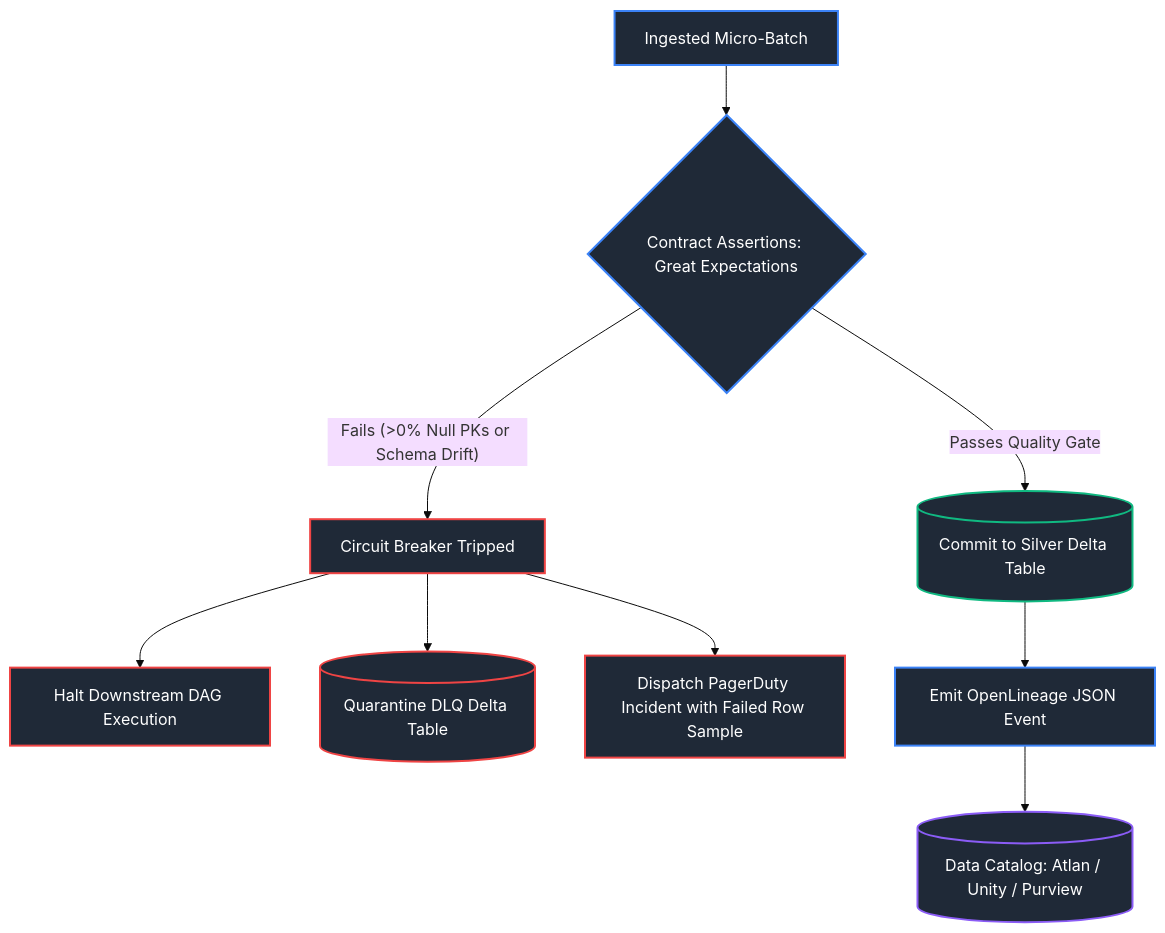
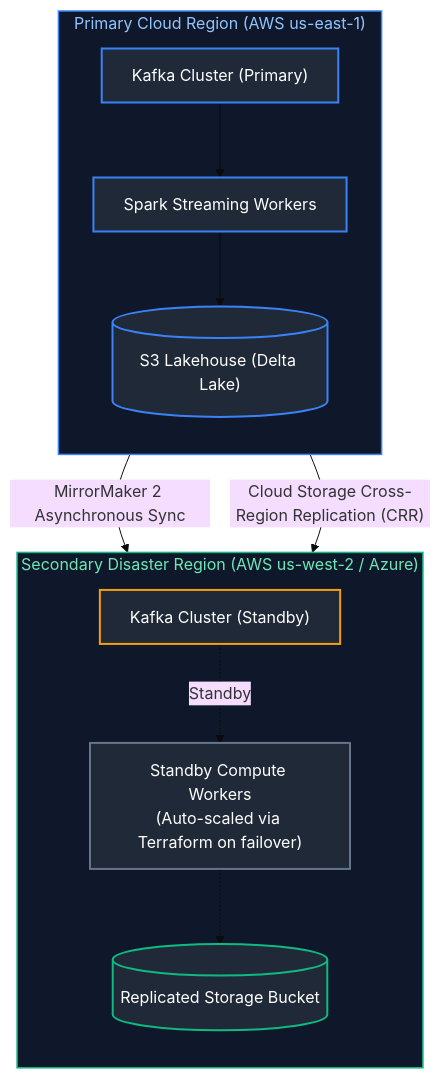
One commit to joydeep-biswas/Interview-Preparation changed the eighth of 12 diagrams in Data Engineering/15_system_design_for_data_engineering.md. Above: the diagram before and after it, drawn with Mermaid (base theme). The commit also changed other lines of this file and 143 other files, not shown here.

````diff
--- a/Data Engineering/15_system_design_for_data_engineering.md
+++ b/Data Engineering/15_system_design_for_data_engineering.md
@@ -589,23 +660,30 @@
 ```mermaid
 flowchart TD
-    IngressBatch[Ingested Micro-Batch] --> ContractGate{Contract Assertions: Great Expectations}
-    
-    ContractGate -- "Fails (>0% Null PKs or Schema Drift)" --> CircuitBreaker[Circuit Breaker Tripped]
-    CircuitBreaker --> Halt[Halt Downstream DAG Execution]
-    CircuitBreaker --> DLQ[(Quarantine DLQ Delta Table)]
-    CircuitBreaker --> Alert[Dispatch PagerDuty Incident with Failed Row Sample]
+    subgraph PrimaryRegion ["Primary Cloud Region (AWS us-east-1)"]
+        direction TB
+        KafkaPrimary["Kafka Cluster (Primary)"]
+        SparkPrimary["Spark Streaming Workers"]
+        S3Primary[("S3 Lakehouse (Delta Lake)")]
+        KafkaPrimary --> SparkPrimary --> S3Primary
+    end
 
-    ContractGate -- "Passes Quality Gate" --> Commit[(Commit to Silver Delta Table)]
-    Commit --> EmitLineage[Emit OpenLineage JSON Event]
-    EmitLineage --> Catalog[(Data Catalog: Atlan / Unity / Purview)]
+    subgraph SecondaryRegion ["Secondary Disaster Region (AWS us-west-2 / Azure)"]
+        direction TB
+        KafkaStandby["Kafka Cluster (Standby)"]
+        SparkStandby["Standby Compute Workers<br/>(Auto-scaled via Terraform on failover)"]
+        S3Replica[("Replicated Storage Bucket")]
+        KafkaStandby -. Standby .-> SparkStandby -.-> S3Replica
+    end
 
-    style IngressBatch fill:#1f2937,stroke:#3b82f6,stroke-width:2px,color:#fff
-    style ContractGate fill:#1f2937,stroke:#3b82f6,stroke-width:2px,color:#fff
-    style CircuitBreaker fill:#1f2937,stroke:#ef4444,stroke-width:2px,color:#fff
-    style Halt fill:#1f2937,stroke:#ef4444,stroke-width:2px,color:#fff
-    style DLQ fill:#1f2937,stroke:#ef4444,stroke-width:2px,color:#fff
-    style Alert fill:#1f2937,stroke:#ef4444,stroke-width:2px,color:#fff
-    style Commit fill:#1f2937,stroke:#10b981,stroke-width:2px,color:#fff
-    style EmitLineage fill:#1f2937,stroke:#3b82f6,stroke-width:2px,color:#fff
-    style Catalog fill:#1f2937,stroke:#8b5cf6,stroke-width:2px,color:#fff
+    KafkaPrimary -->|"MirrorMaker 2 Asynchronous Sync"| KafkaStandby
+    S3Primary -->|"Cloud Storage Cross-Region Replication (CRR)"| S3Replica
+
+    style PrimaryRegion fill:#0f172a,stroke:#3b82f6,stroke-width:1.5px,color:#93c5fd
+    style SecondaryRegion fill:#0f172a,stroke:#10b981,stroke-width:1.5px,color:#6ee7b7
+    style KafkaPrimary fill:#1f2937,stroke:#3b82f6,stroke-width:2px,color:#fff
+    style SparkPrimary fill:#1f2937,stroke:#3b82f6,stroke-width:2px,color:#fff
+    style S3Primary fill:#1f2937,stroke:#3b82f6,stroke-width:2px,color:#fff
+    style KafkaStandby fill:#1f2937,stroke:#f59e0b,stroke-width:2px,color:#fff
+    style SparkStandby fill:#1f2937,stroke:#64748b,stroke-width:2px,color:#fff
+    style S3Replica fill:#1f2937,stroke:#10b981,stroke-width:2px,color:#fff
 ```
````
